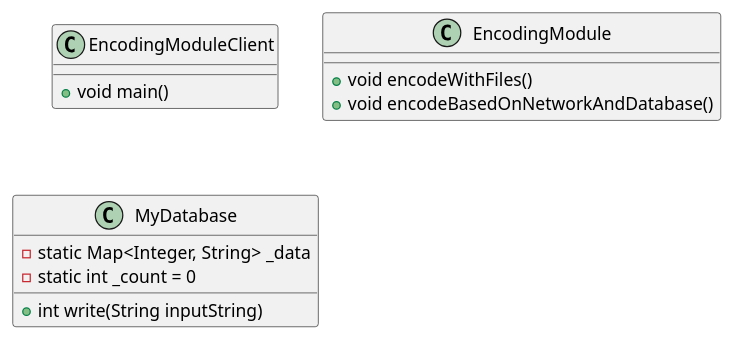
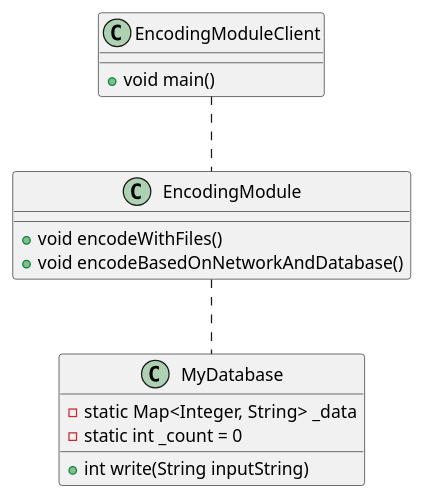
One commit to hana-ghz/softwareArchTP1 changed the diagram in DIP/src/com/directi/training/dip/exercise/diagram.puml. Above: the diagram before and after it, drawn with PlantUML. The commit also changed 28 other files, not shown here.

```diff
--- a/DIP/src/com/directi/training/dip/exercise/diagram.puml
+++ b/DIP/src/com/directi/training/dip/exercise/diagram.puml
@@ -1,23 +1,26 @@
 @startuml
 
 
 class EncodingModuleClient
 { 
     + void main()
 }
   
 class EncodingModule
 { 
     + void encodeWithFiles()
     + void encodeBasedOnNetworkAndDatabase()
 }
 
 class MyDatabase 
 {
     - static Map<Integer, String> _data
     - static int _count = 0
 
     + int write(String inputString)
 }
   
+EncodingModuleClient -. EncodingModule
+EncodingModule -. MyDatabase
+
 @enduml
```
